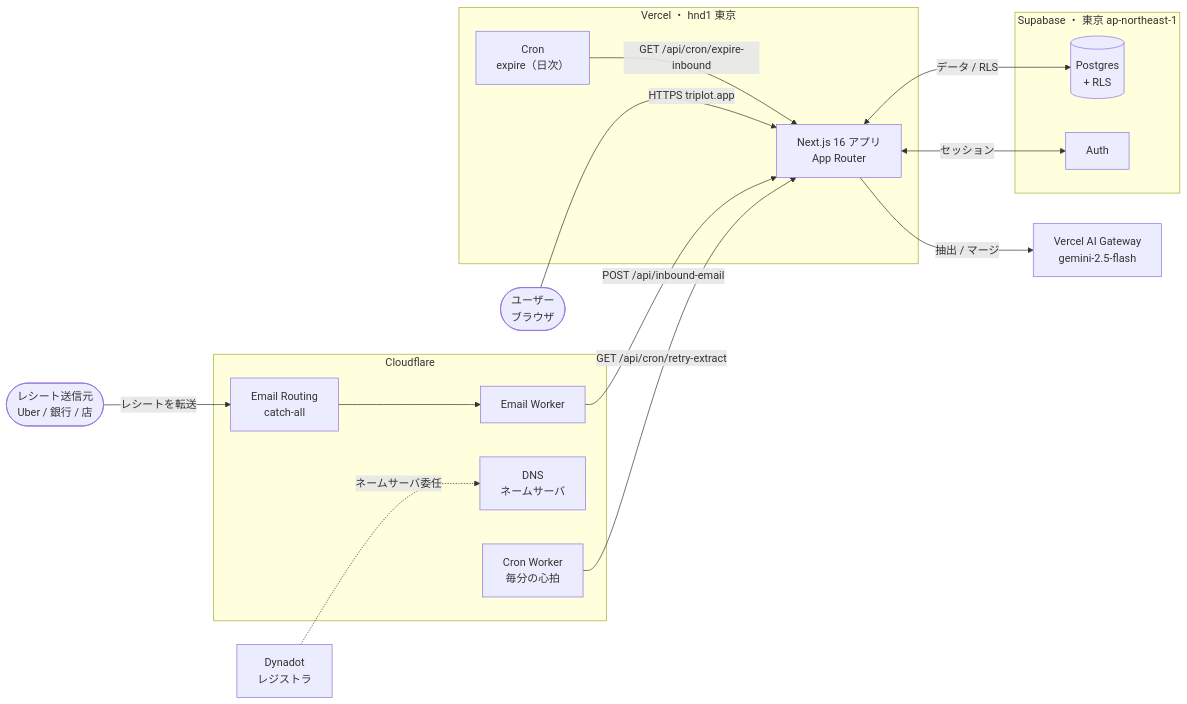
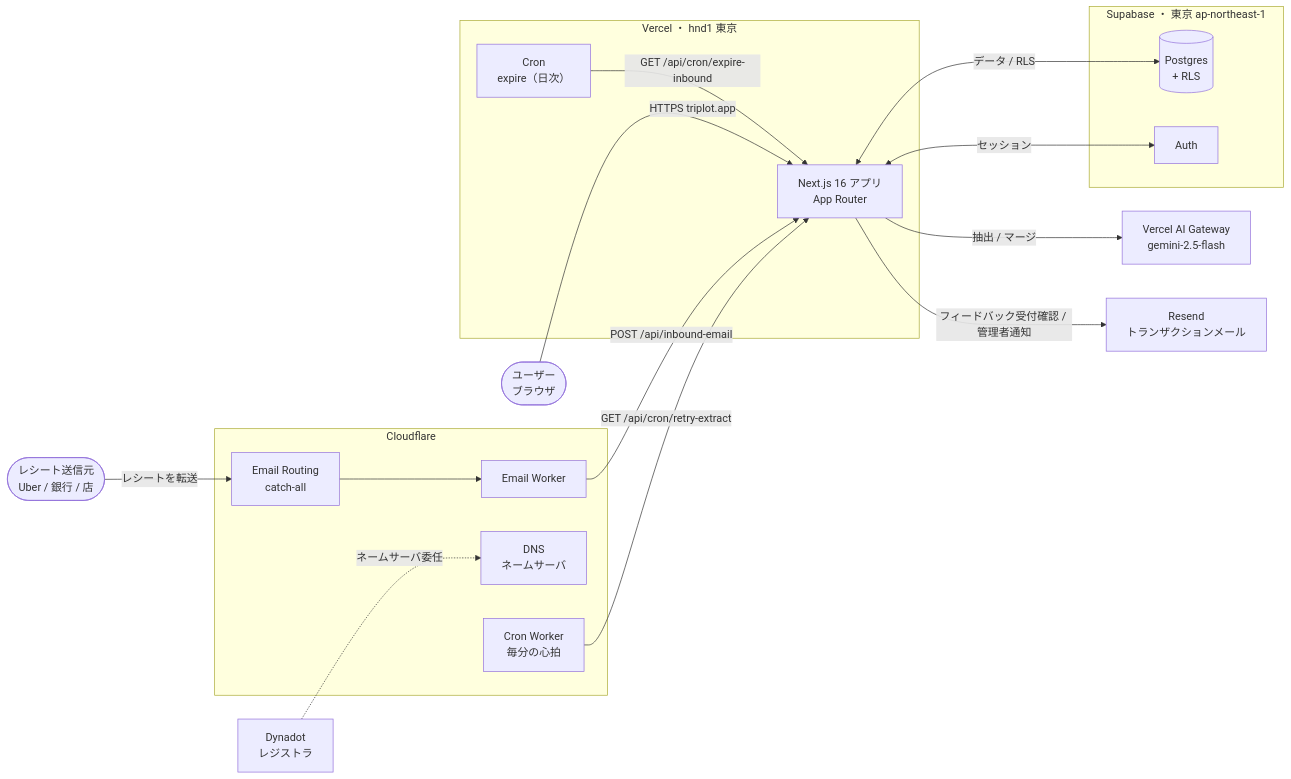
Before and after one commit to shidetake/triplot: the second of 2 diagrams in docs/architecture.md, drawn with Mermaid. The commit also changed other lines of this file and 4 other files, not shown here.

````diff
--- a/docs/architecture.md
+++ b/docs/architecture.md
@@ -45,37 +45,39 @@
 ```mermaid
 flowchart LR
   user([ユーザー<br/>ブラウザ])
   store([レシート送信元<br/>Uber / 銀行 / 店])
 
   dynadot[Dynadot<br/>レジストラ]
 
   subgraph cf[Cloudflare]
     dns[DNS<br/>ネームサーバ]
     email[Email Routing<br/>catch-all]
     worker[Email Worker]
     heartbeat[Cron Worker<br/>毎分の心拍]
   end
 
   subgraph vercel[Vercel ・ hnd1 東京]
     app[Next.js 16 アプリ<br/>App Router]
     cron[Cron<br/>expire（日次）]
   end
 
   subgraph supa[Supabase ・ 東京 ap-northeast-1]
     pg[(Postgres<br/>+ RLS)]
     auth[Auth]
   end
 
   gw[Vercel AI Gateway<br/>gemini-2.5-flash]
+  resend[Resend<br/>トランザクションメール]
 
   dynadot -. ネームサーバ委任 .-> dns
   user -->|HTTPS triplot.app| app
   app <-->|データ / RLS| pg
   app <-->|セッション| auth
   store -->|レシートを転送| email
   email --> worker
   worker -->|POST /api/inbound-email| app
   app -->|抽出 / マージ| gw
+  app -->|フィードバック受付確認 / 管理者通知| resend
   cron -->|GET /api/cron/expire-inbound| app
   heartbeat -->|GET /api/cron/retry-extract| app
 ```
````
